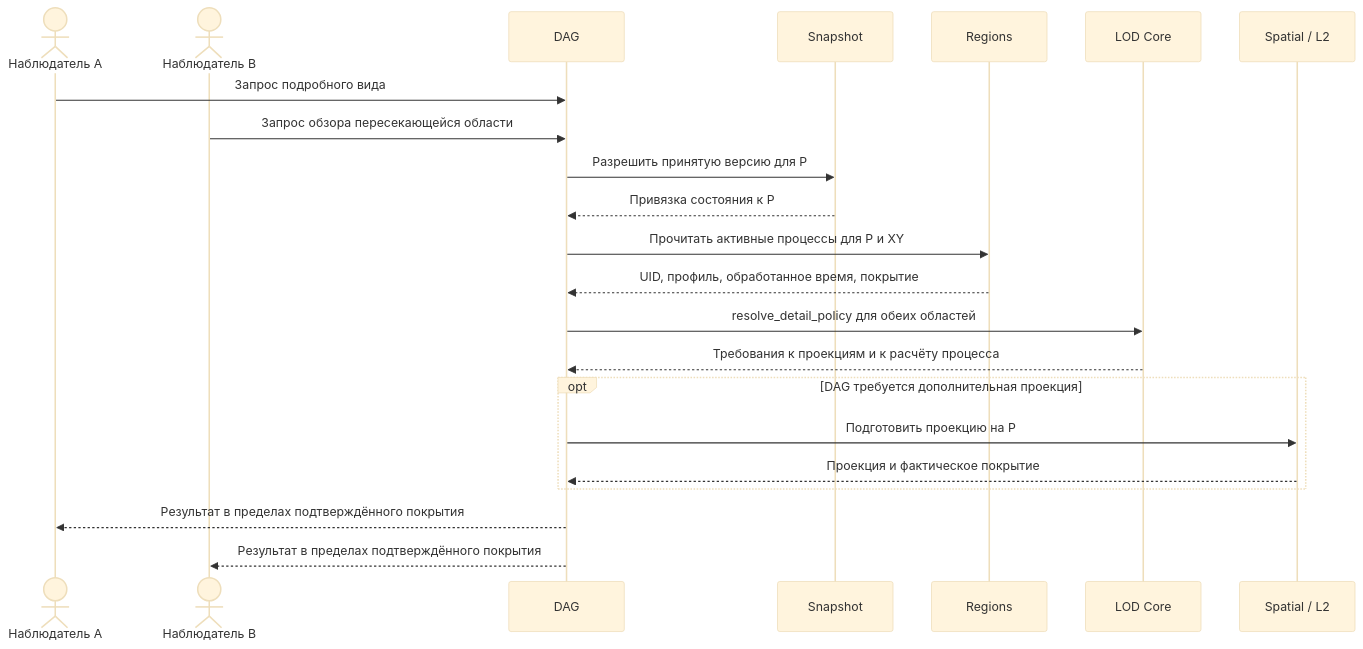
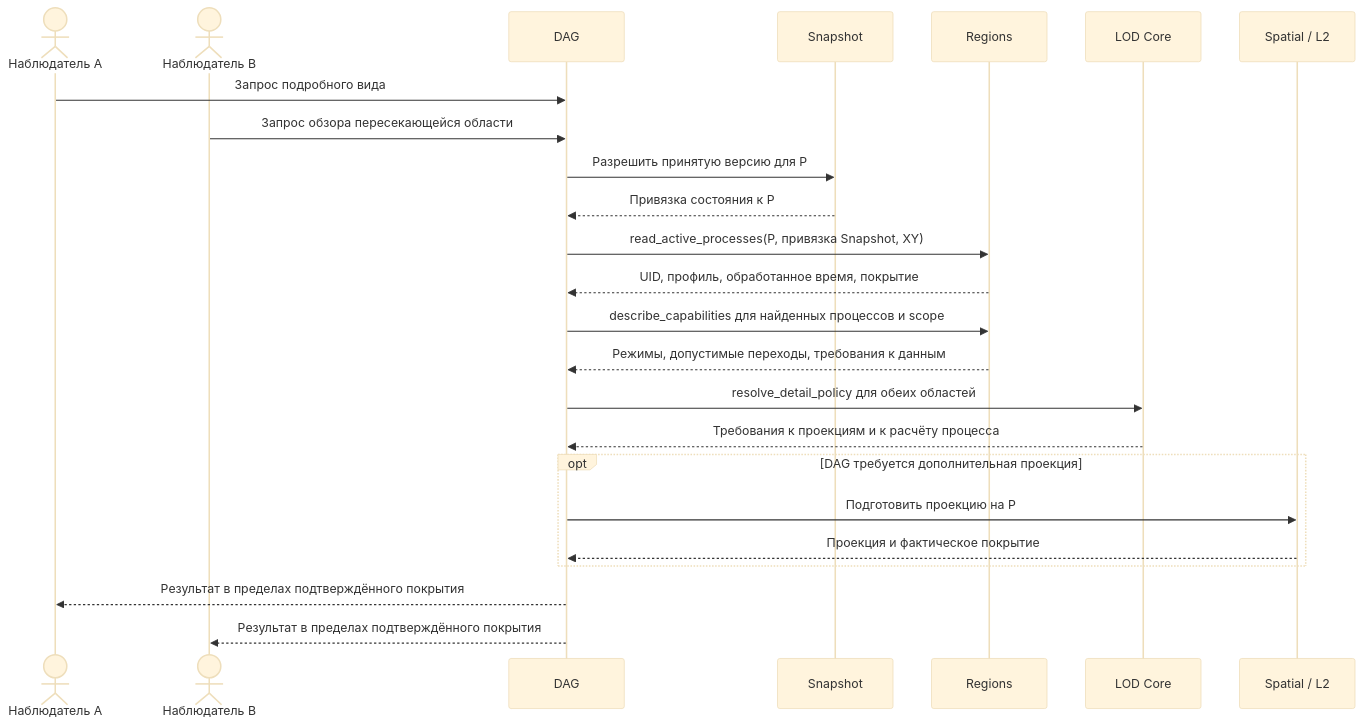
One commit to AndrewBondaren/AI-Project changed the first of 2 diagrams in .cursor/plans/lod-simulation-handoff.md. Above: the diagram before and after it, drawn with Mermaid (base theme). The commit also changed other lines of this file and 2 other files, not shown here.

````diff
--- a/.cursor/plans/lod-simulation-handoff.md
+++ b/.cursor/plans/lod-simulation-handoff.md
@@ -147,24 +140,26 @@
 ```mermaid
 sequenceDiagram
     actor A as Наблюдатель A
     actor B as Наблюдатель B
     participant D as DAG
     participant S as Snapshot
     participant R as Regions
     participant L as LOD Core
     participant X as Spatial / L2
     A->>D: Запрос подробного вида
     B->>D: Запрос обзора пересекающейся области
     D->>S: Разрешить принятую версию для P
     S-->>D: Привязка состояния к P
-    D->>R: Прочитать активные процессы для P и XY
+    D->>R: read_active_processes(P, привязка Snapshot, XY)
     R-->>D: UID, профиль, обработанное время, покрытие
+    D->>R: describe_capabilities для найденных процессов и scope
+    R-->>D: Режимы, допустимые переходы, требования к данным
     D->>L: resolve_detail_policy для обеих областей
     L-->>D: Требования к проекциям и к расчёту процесса
     opt DAG требуется дополнительная проекция
         D->>X: Подготовить проекцию на P
         X-->>D: Проекция и фактическое покрытие
     end
     D-->>A: Результат в пределах подтверждённого покрытия
     D-->>B: Результат в пределах подтверждённого покрытия
 ```
````
